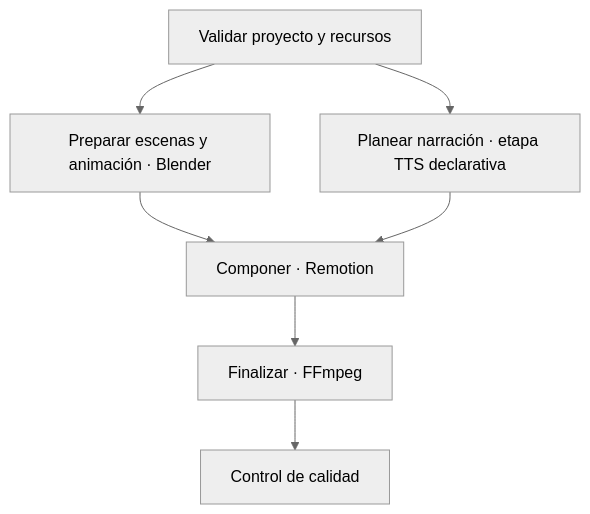
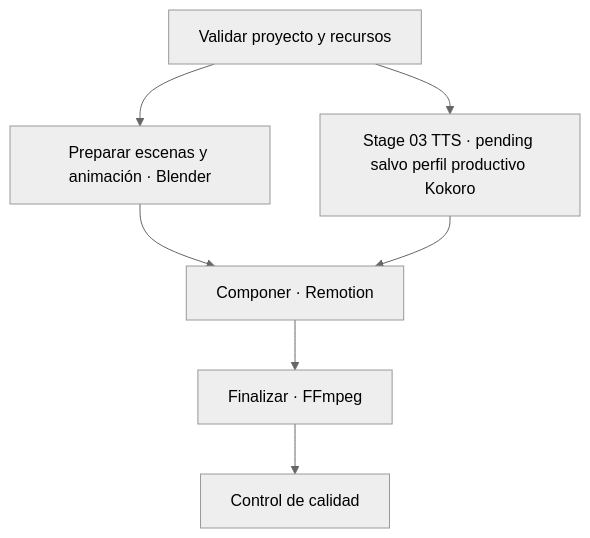
Before and after one commit to IsmaelZamora4/cinematic-shorts-pipeline: the diagram in .agents/skills/cinematic-shorts-pipeline/references/pipeline-orchestration.md, drawn with Mermaid (neutral theme). The commit also changed other lines of this file and 5 other files, not shown here.

````diff
--- a/.agents/skills/cinematic-shorts-pipeline/references/pipeline-orchestration.md
+++ b/.agents/skills/cinematic-shorts-pipeline/references/pipeline-orchestration.md
@@ -36,9 +36,9 @@
 ```mermaid
 flowchart TD
   V[Validar proyecto y recursos] --> B[Preparar escenas y animación · Blender]
-  V --> K[Planear narración · etapa TTS declarativa]
+  V --> K[Stage 03 TTS · pending salvo perfil productivo Kokoro]
   B --> R[Componer · Remotion]
   K --> R
   R --> F[Finalizar · FFmpeg]
   F --> Q[Control de calidad]
 ```
````
